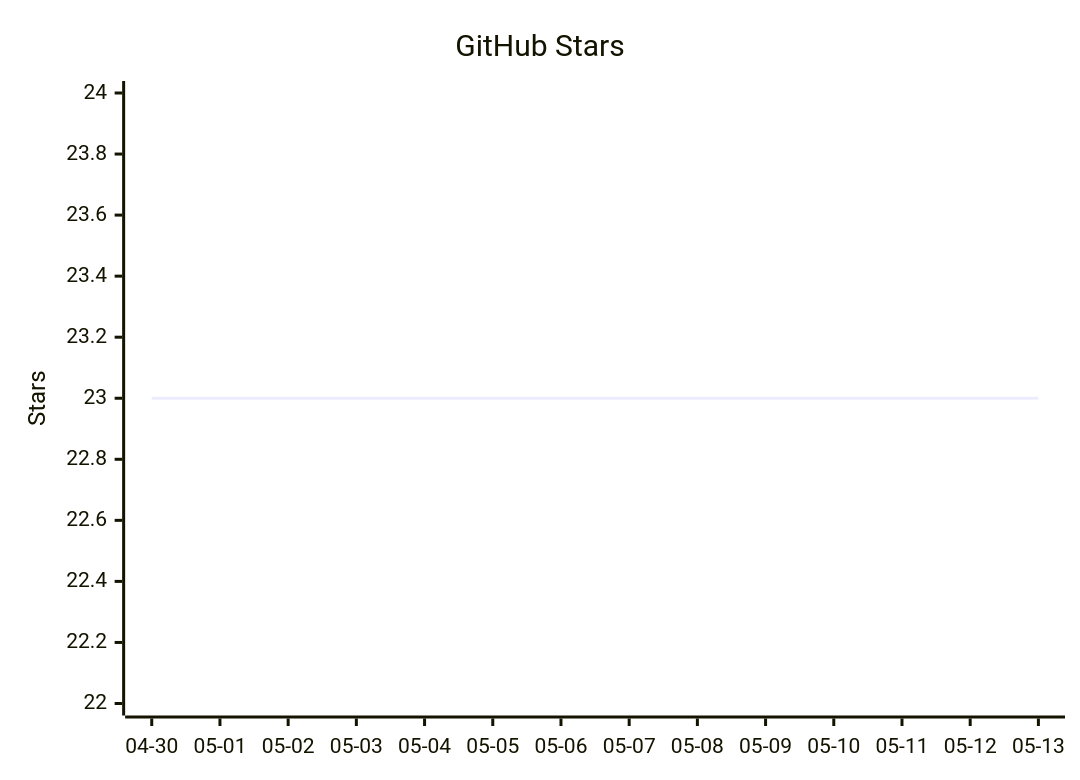
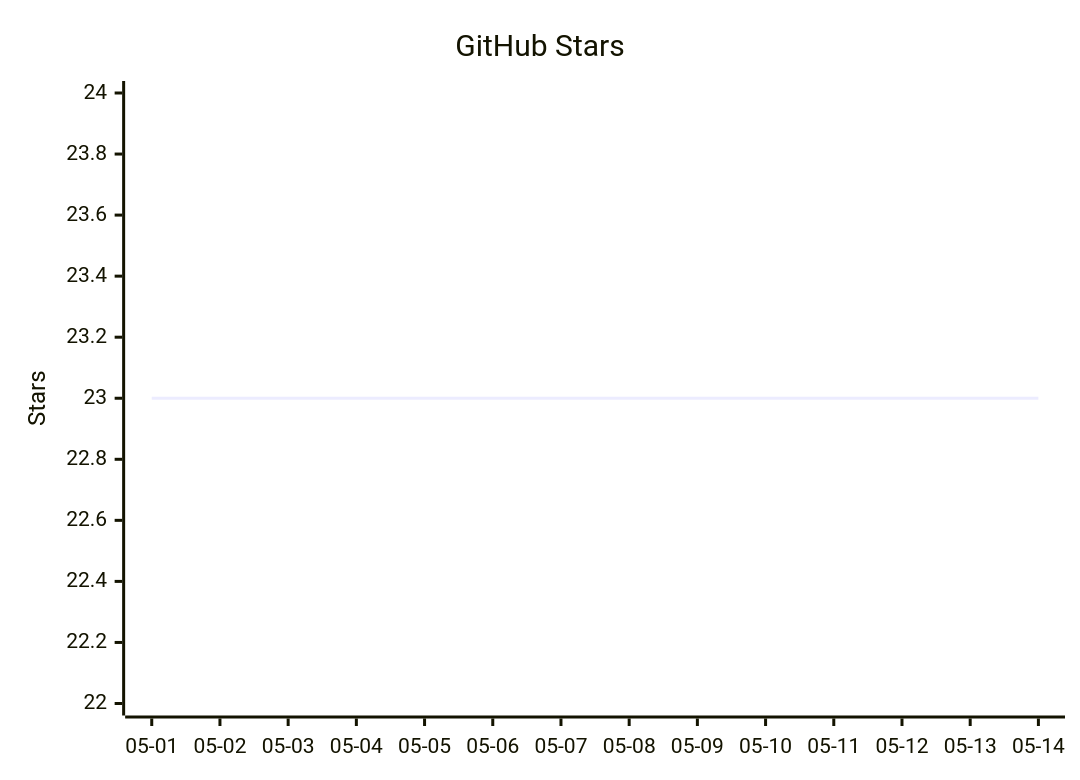
Before and after one commit to vectie/moonclaw: the diagram in README.mbt.md, drawn with Mermaid. The commit also changed other lines of this file and 1 other file, not shown here.

Commit message:
Update README star growth

````diff
--- a/README.mbt.md
+++ b/README.mbt.md
@@ -489,7 +489,7 @@
 ```mermaid
 xychart-beta
     title "GitHub Stars"
-    x-axis ["04-30","05-01","05-02","05-03","05-04","05-05","05-06","05-07","05-08","05-09","05-10","05-11","05-12","05-13"]
+    x-axis ["05-01","05-02","05-03","05-04","05-05","05-06","05-07","05-08","05-09","05-10","05-11","05-12","05-13","05-14"]
     y-axis "Stars" 22 --> 24
     line [23,23,23,23,23,23,23,23,23,23,23,23,23,23]
 ```
````
